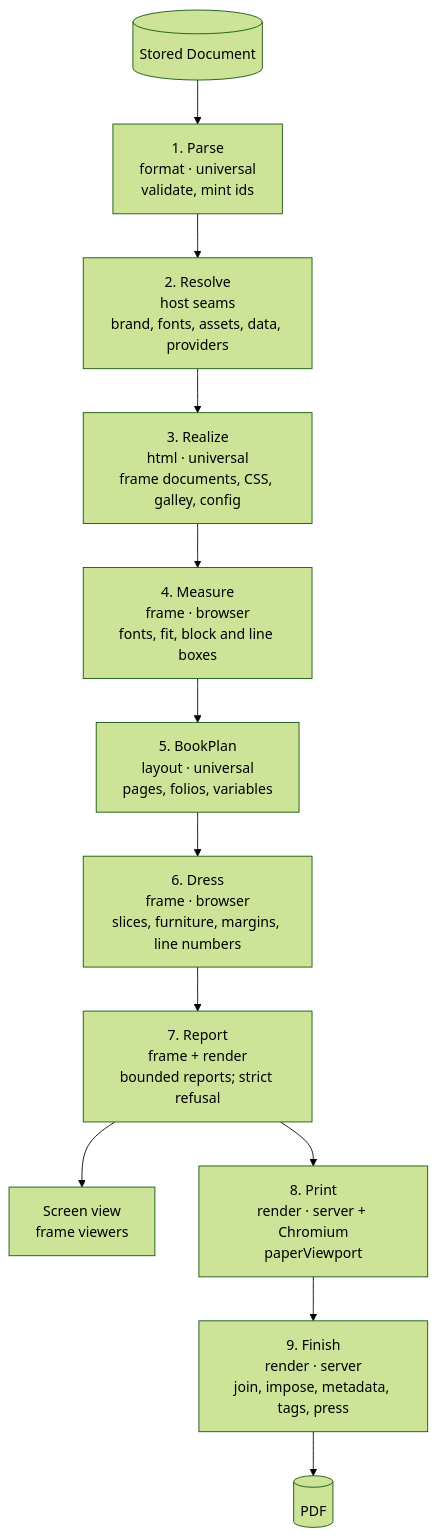
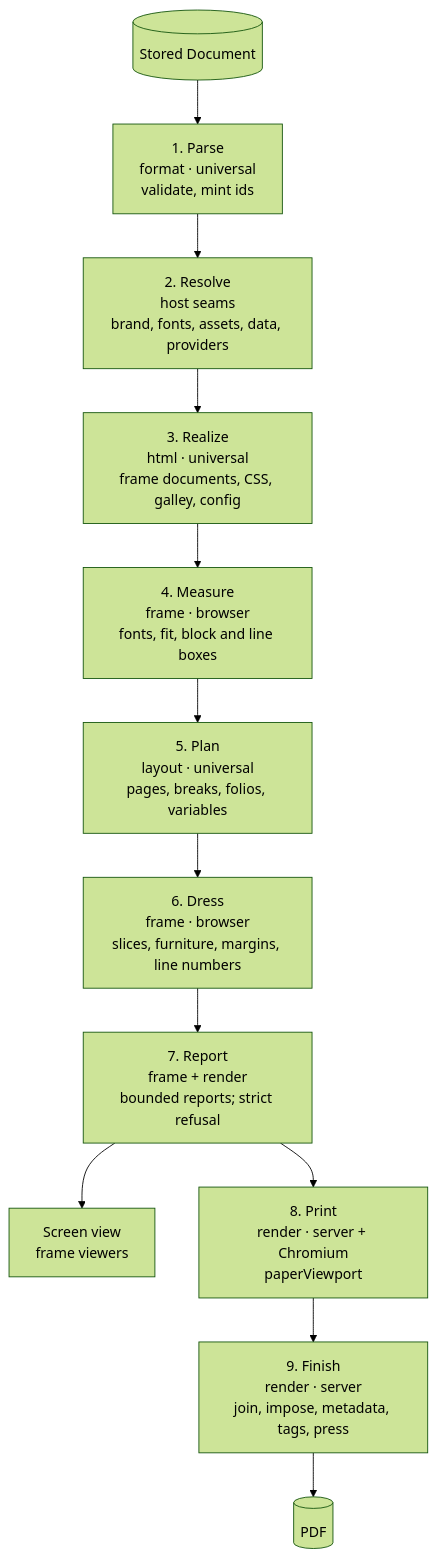
The second of 3 diagrams in docs/architecture.md (modstudio/segnavia), drawn with Mermaid (forest theme) before and after one commit. The commit also changed other lines of this file and 39 other files, not shown here.

````diff
--- a/docs/architecture.md
+++ b/docs/architecture.md
@@ -1785,14 +1752,14 @@
 ```mermaid
 flowchart TD
   INPUT[(Stored Document)] --> PARSE[1. Parse<br/>format · universal<br/>validate, mint ids]
   PARSE --> RESOLVE[2. Resolve<br/>host seams<br/>brand, fonts, assets, data, providers]
   RESOLVE --> REALIZE[3. Realize<br/>html · universal<br/>frame documents, CSS, galley, config]
   REALIZE --> MEASURE[4. Measure<br/>frame · browser<br/>fonts, fit, block and line boxes]
-  MEASURE --> PLAN[5. BookPlan<br/>layout · universal<br/>pages, folios, variables]
+  MEASURE --> PLAN[5. Plan<br/>layout · universal<br/>pages, breaks, folios, variables]
   PLAN --> DRESS[6. Dress<br/>frame · browser<br/>slices, furniture, margins, line numbers]
   DRESS --> REPORT[7. Report<br/>frame + render<br/>bounded reports; strict refusal]
   REPORT --> SCREEN[Screen view<br/>frame viewers]
   REPORT --> PRINT[8. Print<br/>render · server + Chromium<br/>paperViewport]
   PRINT --> FINISH[9. Finish<br/>render · server<br/>join, impose, metadata, tags, press]
   FINISH --> PDF[(PDF)]
 ```
````
